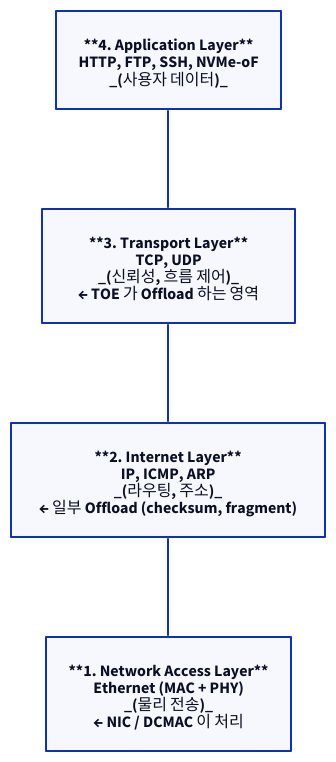
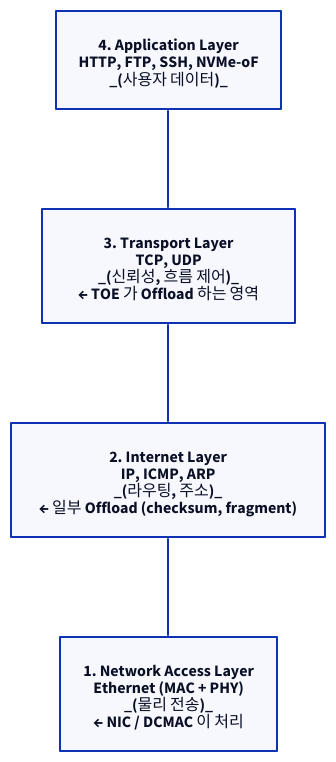
One commit to humbleowl39/DV_SKOOL changed the fifth of 6 diagrams in starlight_site/src/content/docs/toe/01_tcp_ip_and_toe_concept.md. Above: the diagram before and after it, drawn with D2. The commit also changed 714 other files, not shown here.

First line of the commit message:
fix(site): d2 다이어그램 가독성 결함 6종 일괄 수정

````diff
--- a/starlight_site/src/content/docs/toe/01_tcp_ip_and_toe_concept.md
+++ b/starlight_site/src/content/docs/toe/01_tcp_ip_and_toe_concept.md
@@ -233,11 +233,11 @@
 ```d2
 direction: down
 
-L4: "**4. Application Layer**\nHTTP, FTP, SSH, NVMe-oF\n_(사용자 데이터)_"
-L3: "**3. Transport Layer**\nTCP, UDP\n_(신뢰성, 흐름 제어)_\n← TOE 가 Offload 하는 영역"
-L2: "**2. Internet Layer**\nIP, ICMP, ARP\n_(라우팅, 주소)_\n← 일부 Offload (checksum, fragment)"
-L1: "**1. Network Access Layer**\nEthernet (MAC + PHY)\n_(물리 전송)_\n← NIC / DCMAC 이 처리"
+L4: "4. Application Layer\nHTTP, FTP, SSH, NVMe-oF\n_(사용자 데이터)_"
+L3: "3. Transport Layer\nTCP, UDP\n_(신뢰성, 흐름 제어)_\n← TOE 가 Offload 하는 영역"
+L2: "2. Internet Layer\nIP, ICMP, ARP\n_(라우팅, 주소)_\n← 일부 Offload (checksum, fragment)"
+L1: "1. Network Access Layer\nEthernet (MAC + PHY)\n_(물리 전송)_\n← NIC / DCMAC 이 처리"
 L4 -- L3
 L3 -- L2
 L2 -- L1
 ```
````
